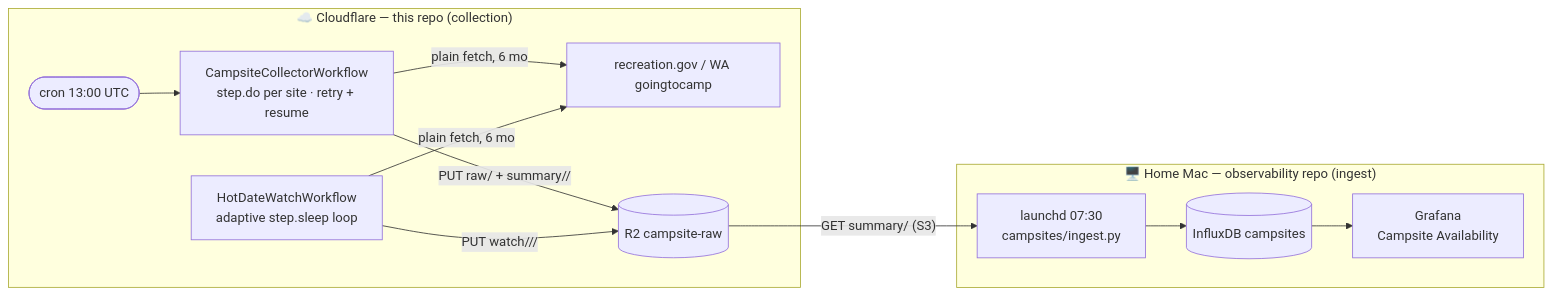
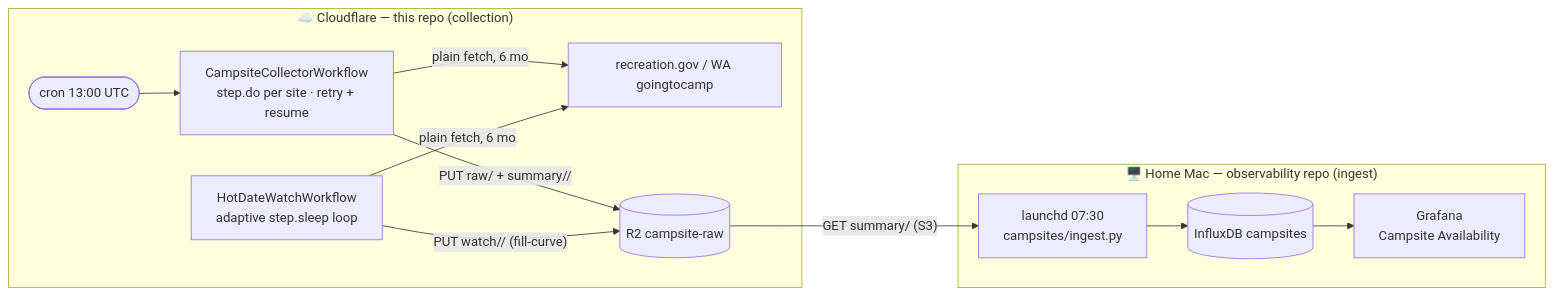
Before and after one commit to robogeosociety/robot-geographical-society: the first of 3 diagrams in backend/README.md, drawn with Mermaid. The commit also changed other lines of this file and 13 other files, not shown here.

````diff
--- a/backend/README.md
+++ b/backend/README.md
@@ -22,14 +22,14 @@
 ```mermaid
 flowchart LR
   subgraph CF["☁️ Cloudflare — this repo (collection)"]
     cron([cron 13:00 UTC]) --> wf["CampsiteCollectorWorkflow<br/>step.do per site · retry + resume"]
     watch["HotDateWatchWorkflow<br/>adaptive step.sleep loop"]
     wf & watch -->|plain fetch, 6 mo| src[recreation.gov / WA goingtocamp]
     wf -->|"PUT raw/ + summary/<date>/<id>"| r2[("R2 campsite-raw")]
-    watch -->|"PUT watch/<date>/<id>/<ts>"| r2
+    watch -->|"PUT watch/<id>/<targetDate> (fill-curve)"| r2
   end
   subgraph MAC["🖥️ Home Mac — observability repo (ingest)"]
     ingest["launchd 07:30<br/>campsites/ingest.py"] --> influx[("InfluxDB campsites")] --> graf["Grafana<br/>Campsite Availability"]
   end
   r2 -->|"GET summary/ (S3)"| ingest
 ```
````
